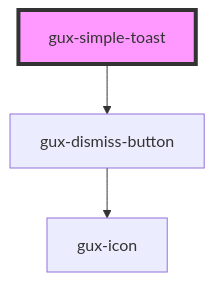
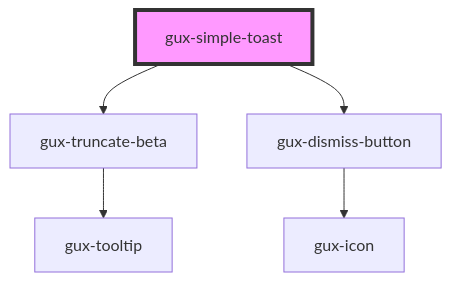
The diagram in src/components/stable/gux-simple-toast/readme.md (MyPureCloud/genesys-spark), drawn with Mermaid before and after one commit. The commit also changed other lines of this file and 12 other files, not shown here.

````diff
--- a/src/components/stable/gux-simple-toast/readme.md
+++ b/src/components/stable/gux-simple-toast/readme.md
@@ -37,6 +38,8 @@
 ```mermaid
 graph TD;
+  gux-simple-toast --> gux-truncate-beta
   gux-simple-toast --> gux-dismiss-button
+  gux-truncate-beta --> gux-tooltip
   gux-dismiss-button --> gux-icon
   style gux-simple-toast fill:#f9f,stroke:#333,stroke-width:4px
 ```
````
